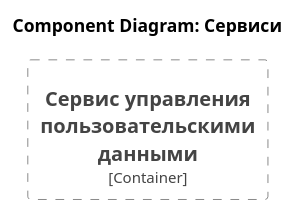
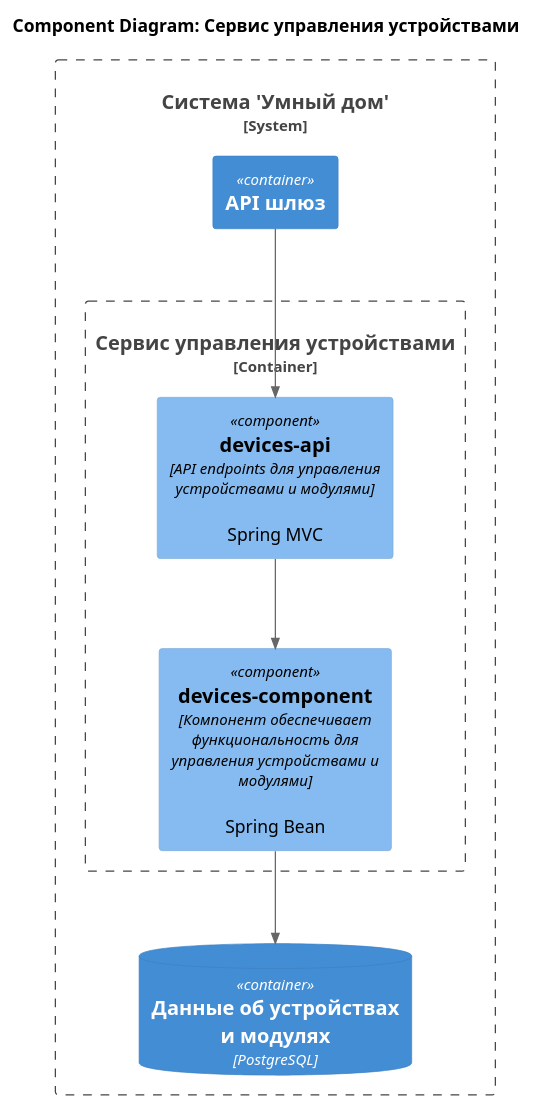
One commit to zergnk/architecture-pro-warmhouse changed the diagram in schemas/C4/component/device_management_service_component_diagram.puml. Above: the diagram before and after it, drawn with PlantUML. The commit also changed 11 other files, not shown here.

```diff
--- a/schemas/C4/component/device_management_service_component_diagram.puml
+++ b/schemas/C4/component/device_management_service_component_diagram.puml
@@ -1,7 +1,20 @@
 @startuml
-title Component Diagram: Сервиси
+title Component Diagram: Сервис управления устройствами
 
 !include <C4/C4_Component.puml>
 
-Container_Boundary(user_data_management_service, "Сервис управления пользовательскими данными")
+System_Boundary(smart_house, "Система 'Умный дом'") {
+    Container("api_gateway", "API шлюз", "")
+
+    Container_Boundary(user_data_management_service, "Сервис управления устройствами") {
+        Component(component_devices_api, "devices-api", "API endpoints для управления устройствами и модулями", "Spring MVC")
+        Component(component_devices, "devices-component", "Компонент обеспечивает функциональность для управления устройствами и модулями", "Spring Bean")
+    }
+
+    ContainerDb(db, "Данные об устройствах и модулях", "PostgreSQL")
+}
+
+Rel(api_gateway, component_devices_api, "")
+Rel(component_devices_api, component_devices, "")
+Rel(component_devices, db, "")
 @enduml
```
